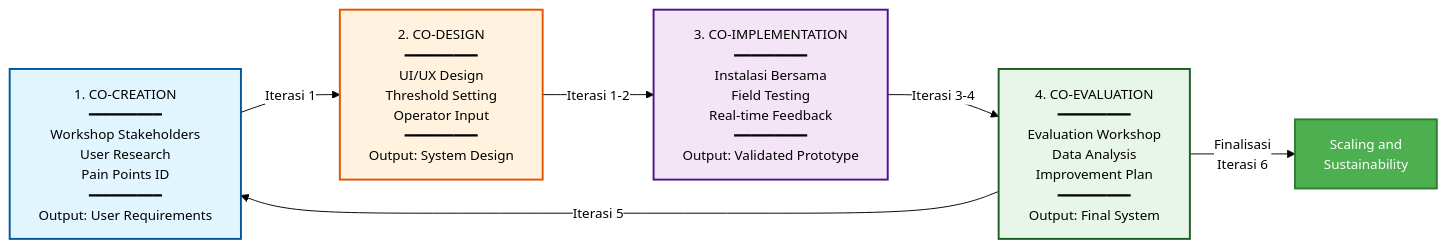
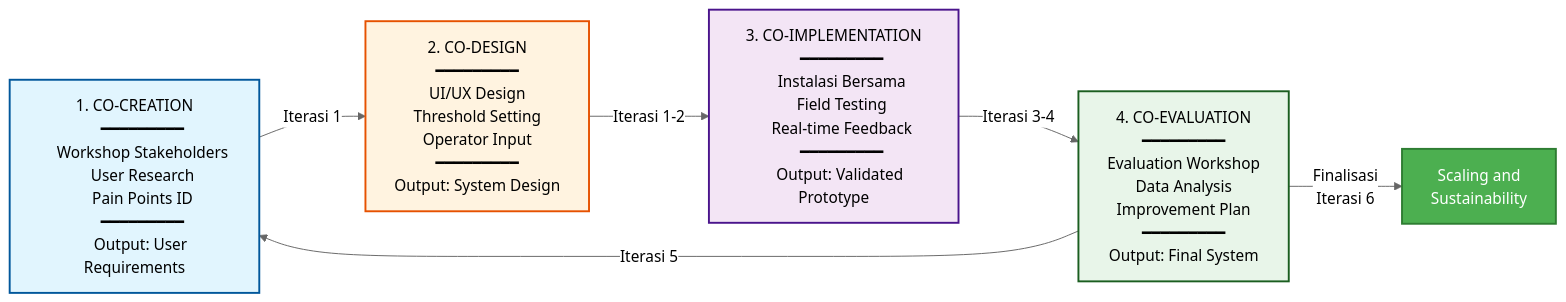
The fifth of 5 diagrams in 01_PROPOSAL_UTAMA_BESTARI_SAINTEK.md (antonprafanto/buros2025), drawn with Mermaid before and after one commit. The commit also changed other lines of this file, not shown here.

First line of the commit message:
Switch to neutral theme for GitHub Mermaid compatibility

````diff
--- a/01_PROPOSAL_UTAMA_BESTARI_SAINTEK.md
+++ b/01_PROPOSAL_UTAMA_BESTARI_SAINTEK.md
@@ -481,49 +481,49 @@
 ```mermaid
-%%{init: {'theme':'base', 'themeVariables': { 'primaryColor':'#ffffff','primaryTextColor':'#000','primaryBorderColor':'#000','lineColor':'#000','secondaryColor':'#ffffff','background':'#ffffff','mainBkg':'#ffffff','secondBkg':'#ffffff','edgeLabelBackground':'#ffffff','fontFamily':'arial','fontSize':'14px','textColor':'#000','nodeBorder':'#000','nodeTextColor':'#000','arrowheadColor':'#000'}}}%%
+%%{init: {'theme':'neutral', 'themeVariables': { 'darkMode':'false'}}}%%
 flowchart LR
     A["1. CO-CREATION
     ━━━━━━━━━
     Workshop Stakeholders
     User Research
     Pain Points ID
     ━━━━━━━━━
     Output: User Requirements"]
 
     B["2. CO-DESIGN
     ━━━━━━━━━
     UI/UX Design
     Threshold Setting
     Operator Input
     ━━━━━━━━━
     Output: System Design"]
 
     C["3. CO-IMPLEMENTATION
     ━━━━━━━━━
     Instalasi Bersama
     Field Testing
     Real-time Feedback
     ━━━━━━━━━
     Output: Validated Prototype"]
 
     D["4. CO-EVALUATION
     ━━━━━━━━━
     Evaluation Workshop
     Data Analysis
     Improvement Plan
     ━━━━━━━━━
     Output: Final System"]
 
     A -->|"Iterasi 1"| B
     B -->|"Iterasi 1-2"| C
     C -->|"Iterasi 3-4"| D
     D -->|"Iterasi 5"| A
     D -->|"Finalisasi
     Iterasi 6"| E["Scaling and
     Sustainability"]
 
     style A fill:#e1f5fe,stroke:#01579b,stroke-width:2px,color:#000
     style B fill:#fff3e0,stroke:#e65100,stroke-width:2px,color:#000
     style C fill:#f3e5f5,stroke:#4a148c,stroke-width:2px,color:#000
     style D fill:#e8f5e9,stroke:#1b5e20,stroke-width:2px,color:#000
     style E fill:#4caf50,color:#fff,stroke:#2e7d32,stroke-width:2px
 ```
````
